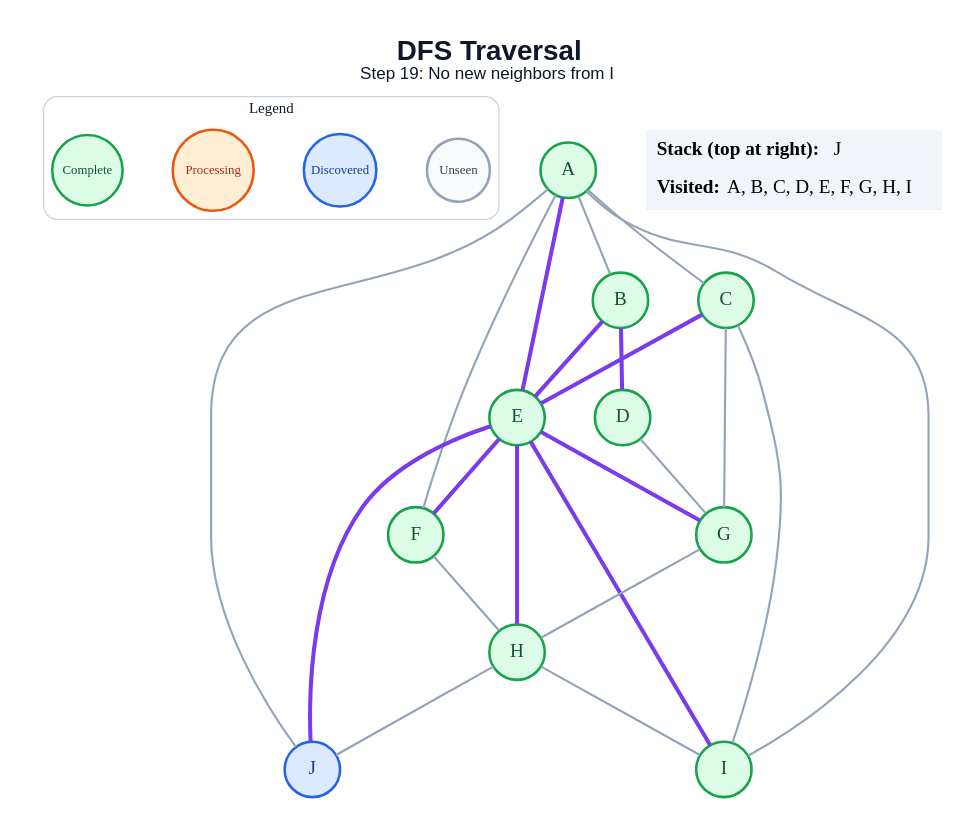
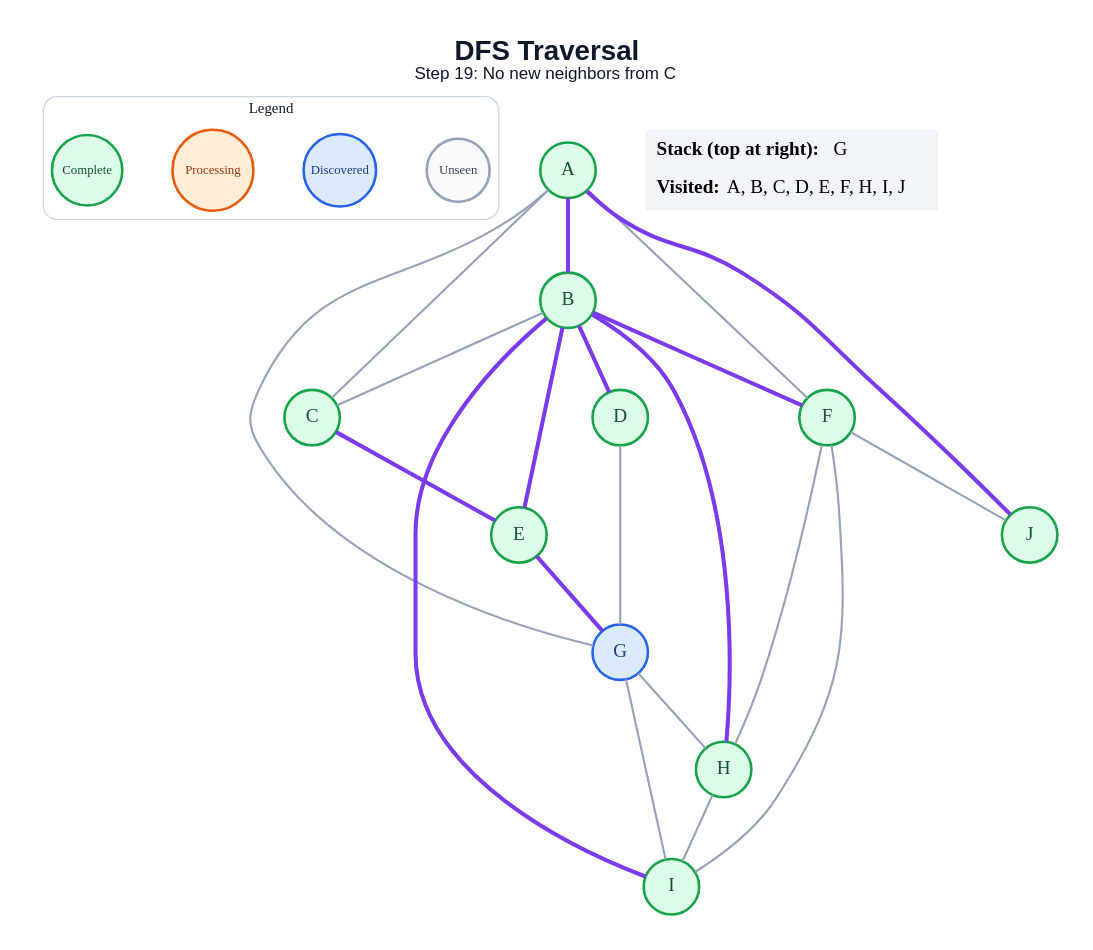
One commit to anon7238593-create/ai-slop changed the diagram in generated/specific-node/dfs/step_19.dot. Above: the diagram before and after it, drawn with Graphviz. The commit also changed 171 other files, not shown here.

```diff
--- a/generated/specific-node/dfs/step_19.dot
+++ b/generated/specific-node/dfs/step_19.dot
@@ -1,50 +1,49 @@
 graph traversal {
   graph [layout=dot, rankdir=TB, bgcolor="#FFFFFF", pad="0.35", nodesep="0.65", ranksep="0.8", fontname="Arial"];
   node [shape=circle, style="filled", fontname="Arial Bold", fontsize=18, width=0.72, fixedsize=true, penwidth=2.4];
   edge [color="#94A3B8", penwidth=2.0];
-  label=<<B>DFS Traversal</B><BR/><FONT POINT-SIZE="16">Step 19: No new neighbors from I</FONT>>; labelloc="t"; fontsize=26; fontname="Arial"; fontcolor="#0F172A";
+  label=<<B>DFS Traversal</B><BR/><FONT POINT-SIZE="16">Step 19: No new neighbors from C</FONT>>; labelloc="t"; fontsize=26; fontname="Arial"; fontcolor="#0F172A";
   subgraph cluster_legend { label="Legend"; color="#CBD5E1"; penwidth=1.2; style="rounded"; fontsize=14; fontname="Arial Bold";
     key_unseen [label="Unseen", fillcolor="#F8FAFC", color="#94A3B8", fontcolor="#334155", fontsize=12, width=0.82];
     key_frontier [label="Discovered", fillcolor="#DBEAFE", color="#2563EB", fontcolor="#1E3A8A", fontsize=12, width=0.95];
     key_current [label="Processing", fillcolor="#FFEDD5", color="#EA580C", fontcolor="#9A3412", fontsize=12, width=1.05];
     key_done [label="Complete", fillcolor="#DCFCE7", color="#16A34A", fontcolor="#14532D", fontsize=12, width=0.92];
     { rank=same; key_unseen; key_frontier; key_current; key_done; }
   }
   A [fillcolor="#DCFCE7", color="#16A34A", fontcolor="#14532D"];
   B [fillcolor="#DCFCE7", color="#16A34A", fontcolor="#14532D"];
   C [fillcolor="#DCFCE7", color="#16A34A", fontcolor="#14532D"];
   D [fillcolor="#DCFCE7", color="#16A34A", fontcolor="#14532D"];
   E [fillcolor="#DCFCE7", color="#16A34A", fontcolor="#14532D"];
   F [fillcolor="#DCFCE7", color="#16A34A", fontcolor="#14532D"];
-  G [fillcolor="#DCFCE7", color="#16A34A", fontcolor="#14532D"];
+  G [fillcolor="#DBEAFE", color="#2563EB", fontcolor="#1E3A8A"];
   H [fillcolor="#DCFCE7", color="#16A34A", fontcolor="#14532D"];
   I [fillcolor="#DCFCE7", color="#16A34A", fontcolor="#14532D"];
-  J [fillcolor="#DBEAFE", color="#2563EB", fontcolor="#1E3A8A"];
-  A -- B;
+  J [fillcolor="#DCFCE7", color="#16A34A", fontcolor="#14532D"];
+  A -- B [color="#7C3AED", penwidth=3.8];
   A -- C;
-  A -- E [color="#7C3AED", penwidth=3.8];
   A -- F;
-  A -- I;
-  A -- J;
+  A -- G;
+  A -- J [color="#7C3AED", penwidth=3.8];
+  B -- C;
   B -- D [color="#7C3AED", penwidth=3.8];
   B -- E [color="#7C3AED", penwidth=3.8];
+  B -- F [color="#7C3AED", penwidth=3.8];
+  B -- H [color="#7C3AED", penwidth=3.8];
+  B -- I [color="#7C3AED", penwidth=3.8];
   C -- E [color="#7C3AED", penwidth=3.8];
-  C -- G;
-  C -- I;
   D -- G;
-  E -- F [color="#7C3AED", penwidth=3.8];
   E -- G [color="#7C3AED", penwidth=3.8];
-  E -- H [color="#7C3AED", penwidth=3.8];
-  E -- I [color="#7C3AED", penwidth=3.8];
-  E -- J [color="#7C3AED", penwidth=3.8];
   F -- H;
+  F -- I;
+  F -- J;
   G -- H;
+  G -- I;
   H -- I;
-  H -- J;
   status [shape=plain, fixedsize=false, width=0, height=0, margin=0, label=<
     <TABLE BORDER="0" CELLBORDER="0" CELLPADDING="7" BGCOLOR="#F1F5F9">
-      <TR><TD ALIGN="LEFT"><B>Stack (top at right):</B> J</TD></TR>
-      <TR><TD ALIGN="LEFT"><B>Visited:</B> A, B, C, D, E, F, G, H, I</TD></TR>
+      <TR><TD ALIGN="LEFT"><B>Stack (top at right):</B> G</TD></TR>
+      <TR><TD ALIGN="LEFT"><B>Visited:</B> A, B, C, D, E, F, H, I, J</TD></TR>
     </TABLE>
   >];
 }
```
